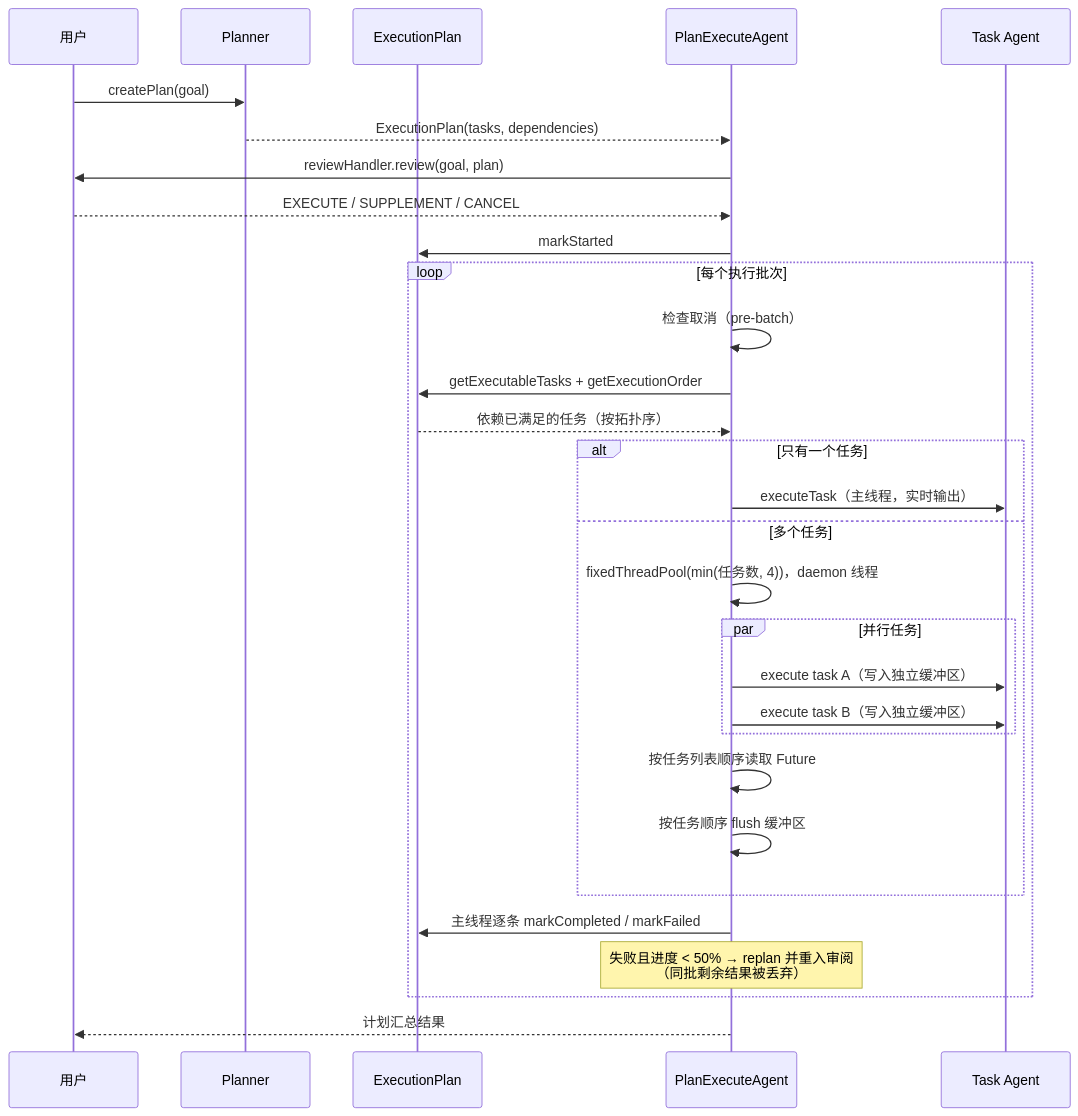
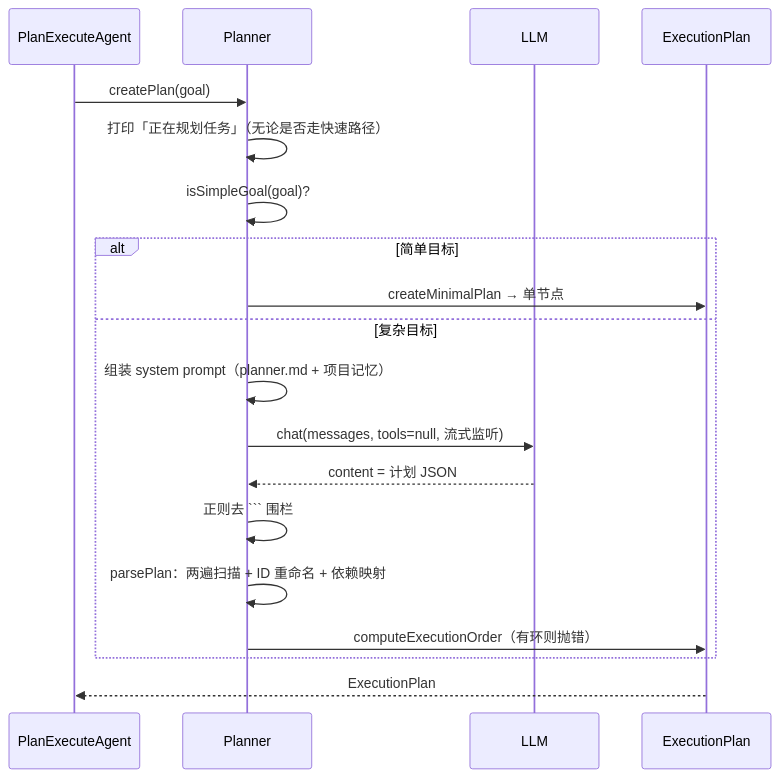
One commit to zgjdev/Code-Agent changed the third of 5 diagrams in docs/dev/02-dag-orchestration.md. Above: the diagram before and after it, drawn with Mermaid. The commit also changed other lines of this file and 5 other files, not shown here.

````diff
--- a/docs/dev/02-dag-orchestration.md
+++ b/docs/dev/02-dag-orchestration.md
@@ -85,33 +232,22 @@
 ```mermaid
 sequenceDiagram
-    participant User as 用户
-    participant Planner as Planner
+    participant Caller as PlanExecuteAgent
+    participant P as Planner
+    participant L as LLM
     participant Plan as ExecutionPlan
-    participant Executor as PlanExecuteAgent
-    participant Worker as Task Agent
 
-    User->>Planner: createPlan(goal)
-    Planner-->>Executor: ExecutionPlan(tasks, dependencies)
-    Executor->>User: reviewHandler.review(goal, plan)
-    User-->>Executor: EXECUTE / SUPPLEMENT / CANCEL
-    Executor->>Plan: markStarted
-    loop 每个执行批次
-        Executor->>Executor: 检查取消（pre-batch）
-        Executor->>Plan: getExecutableTasks + getExecutionOrder
-        Plan-->>Executor: 依赖已满足的任务（按拓扑序）
-        alt 只有一个任务
-            Executor->>Worker: executeTask（主线程，实时输出）
-        else 多个任务
-            Executor->>Executor: fixedThreadPool(min(任务数, 4))，daemon 线程
-            par 并行任务
-                Executor->>Worker: execute task A（写入独立缓冲区）
-                Executor->>Worker: execute task B（写入独立缓冲区）
-            end
-            Executor->>Executor: 按任务列表顺序读取 Future
-            Executor->>Executor: 按任务顺序 flush 缓冲区
-        end
-        Executor->>Plan: 主线程逐条 markCompleted / markFailed
-        Note over Executor: 失败且进度 < 50% → replan 并重入审阅<br/>（同批剩余结果被丢弃）
+    Caller->>P: createPlan(goal)
+    P->>P: 打印「正在规划任务」（无论是否走快速路径）
+    P->>P: isSimpleGoal(goal)?
+    alt 简单目标
+        P->>Plan: createMinimalPlan → 单节点
+    else 复杂目标
+        P->>P: 组装 system prompt（planner.md + 项目记忆）
+        P->>L: chat(messages, tools=null, 流式监听)
+        L-->>P: content = 计划 JSON
+        P->>P: 正则去 ``` 围栏
+        P->>P: parsePlan：两遍扫描 + ID 重命名 + 依赖映射
+        P->>Plan: computeExecutionOrder（有环则抛错）
     end
-    Executor-->>User: 计划汇总结果
+    Plan-->>Caller: ExecutionPlan
 ```
````
